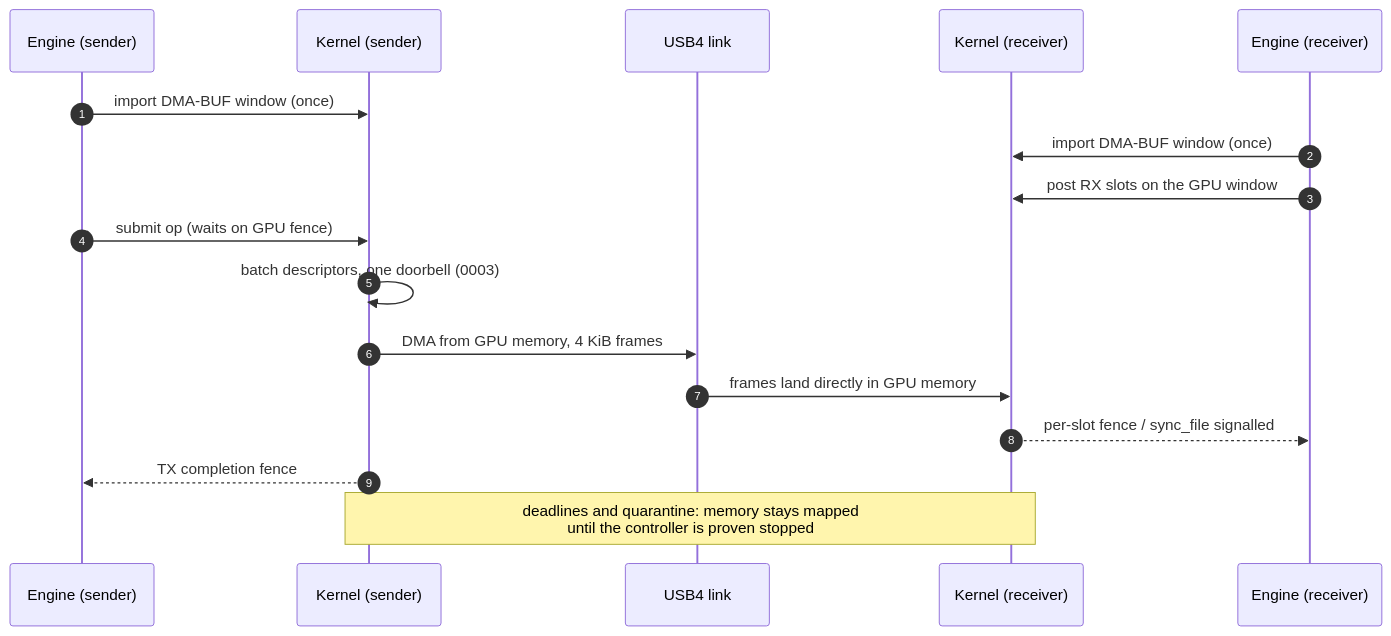
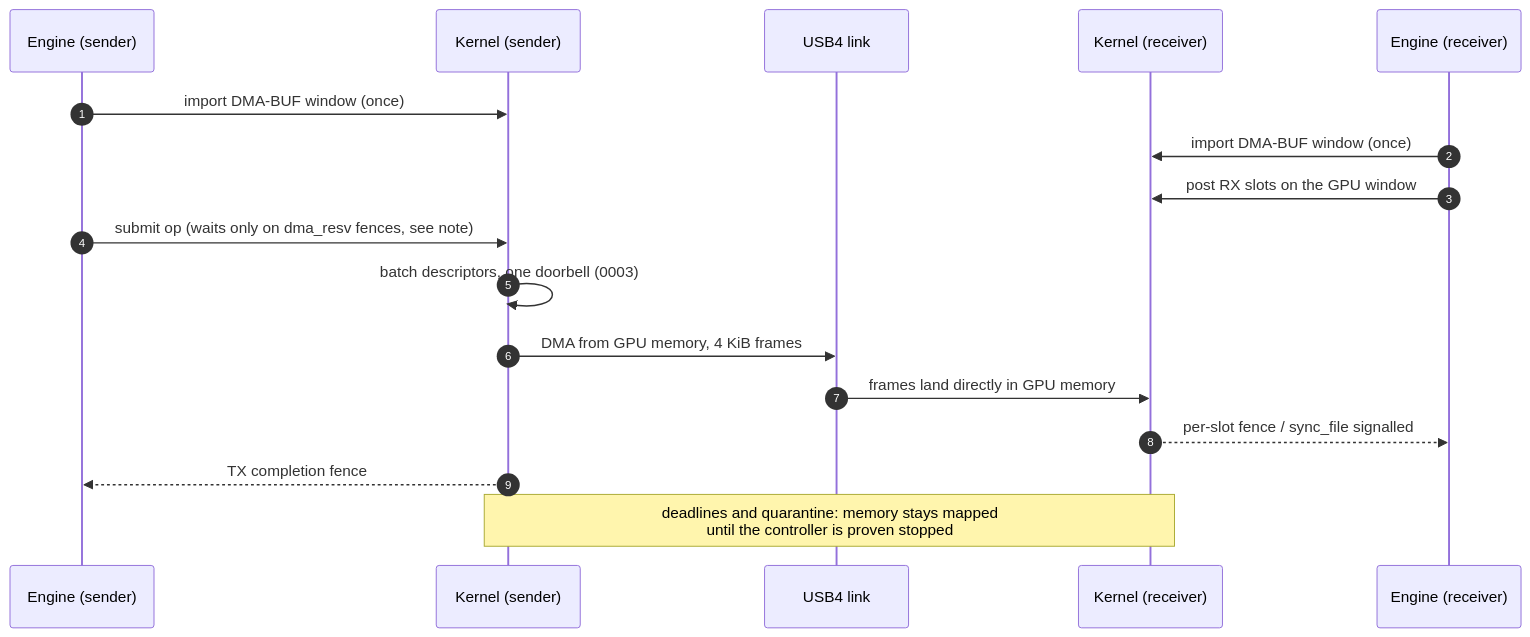
Before and after one commit to hyukudan/strix-halo-usb4-driver: the third of 7 diagrams in README.md, drawn with Mermaid. The commit also changed other lines of this file and 1 other file, not shown here.

````diff
--- a/README.md
+++ b/README.md
@@ -140,19 +148,19 @@
 ```mermaid
 sequenceDiagram
     autonumber
     participant E1 as Engine (sender)
     participant K1 as Kernel (sender)
     participant L as USB4 link
     participant K2 as Kernel (receiver)
     participant E2 as Engine (receiver)
     E1->>K1: import DMA-BUF window (once)
     E2->>K2: import DMA-BUF window (once)
     E2->>K2: post RX slots on the GPU window
-    E1->>K1: submit op (waits on GPU fence)
+    E1->>K1: submit op (waits only on dma_resv fences, see note)
     K1->>K1: batch descriptors, one doorbell (0003)
     K1->>L: DMA from GPU memory, 4 KiB frames
     L->>K2: frames land directly in GPU memory
     K2-->>E2: per-slot fence / sync_file signalled
     K1-->>E1: TX completion fence
     Note over K1,K2: deadlines and quarantine: memory stays mapped<br/>until the controller is proven stopped
 ```
````
